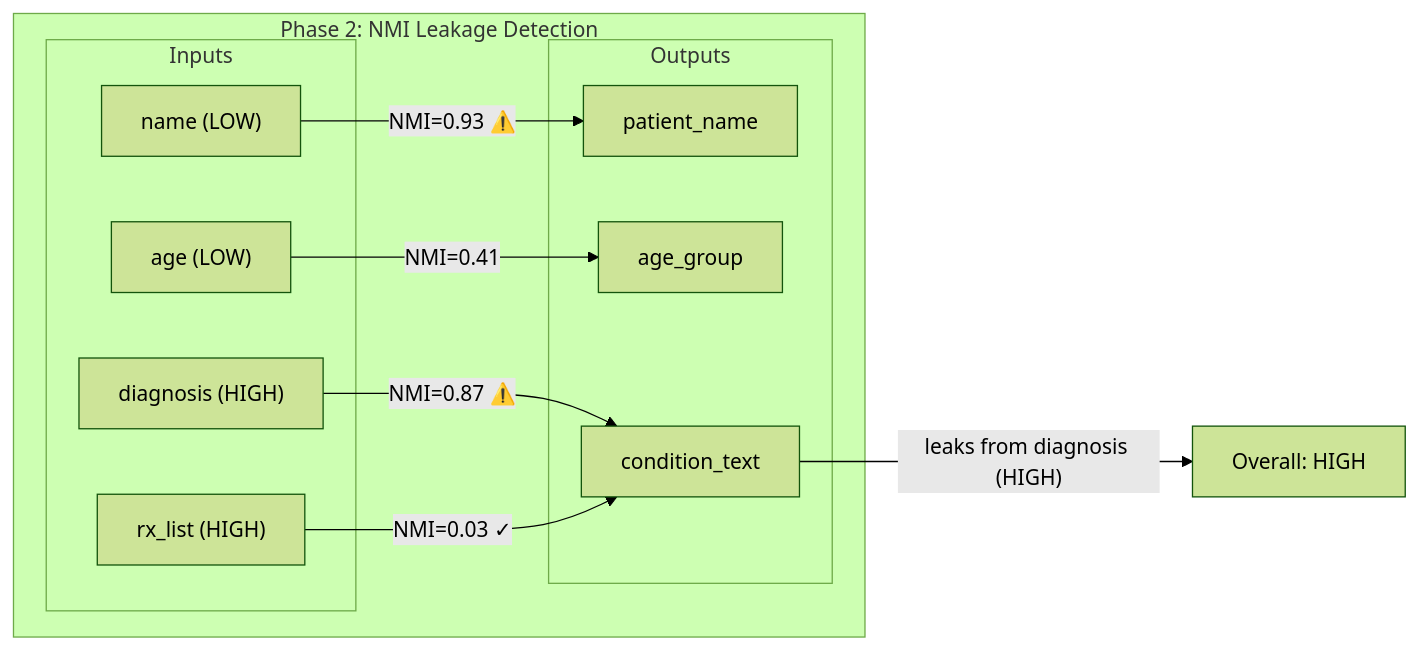
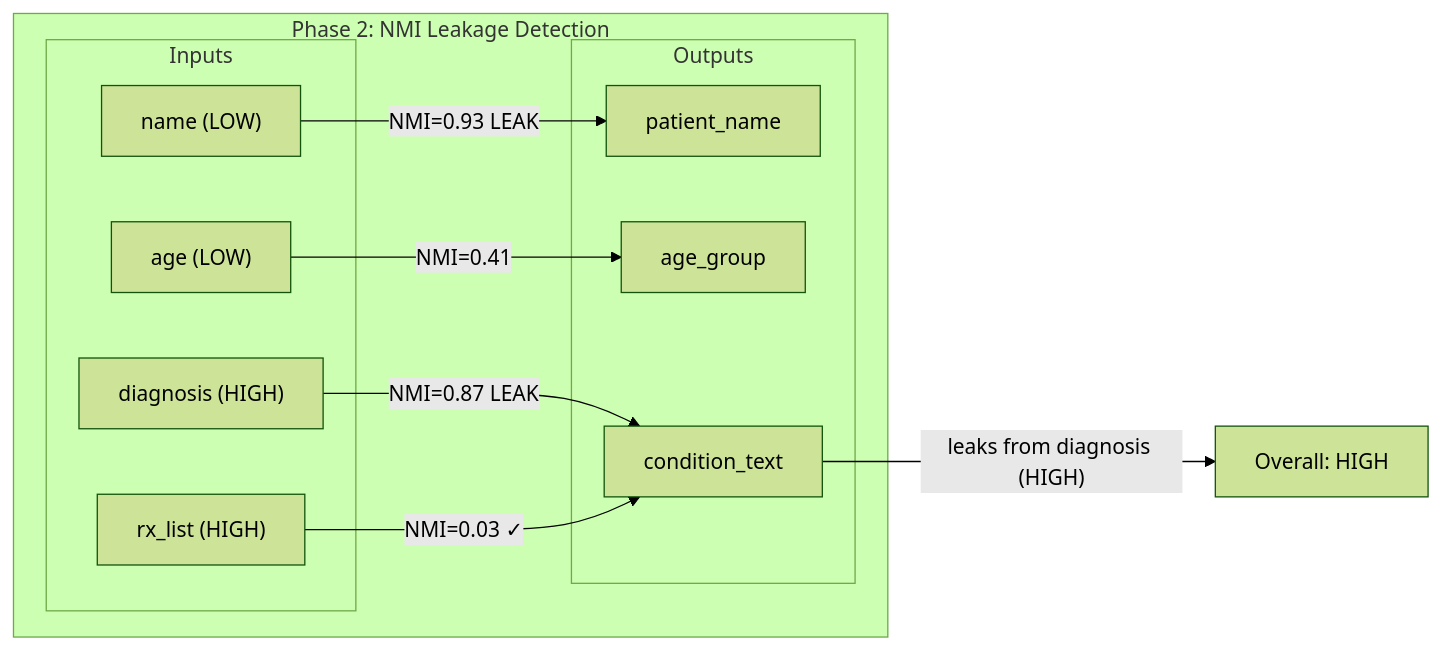
One commit to EdgeVector/edgevector-website changed the sixth of 6 diagrams in public/docs/corporate/patent_schema_canonical_service.md. Above: the diagram before and after it, drawn with Mermaid (forest theme). The commit also changed other lines of this file and 5 other files, not shown here.

First line of the commit message:
fix: render mermaid diagrams in patent PDFs and clean mermaid syntax

````diff
--- a/public/docs/corporate/patent_schema_canonical_service.md
+++ b/public/docs/corporate/patent_schema_canonical_service.md
@@ -266,24 +266,24 @@
 ```mermaid
 graph LR
     subgraph Phase2["Phase 2: NMI Leakage Detection"]
         subgraph Inputs
             name["name (LOW)"]
             age["age (LOW)"]
             diag["diagnosis (HIGH)"]
             rx["rx_list (HIGH)"]
         end
 
         subgraph Outputs
             pname["patient_name"]
             agroup["age_group"]
             ctext["condition_text"]
         end
 
-        name -->|"NMI=0.93 ⚠️"| pname
+        name -->|"NMI=0.93 LEAK"| pname
         age -->|"NMI=0.41"| agroup
-        diag -->|"NMI=0.87 ⚠️"| ctext
+        diag -->|"NMI=0.87 LEAK"| ctext
         rx -->|"NMI=0.03 ✓"| ctext
     end
 
     ctext -->|"leaks from diagnosis (HIGH)"| result["Overall: HIGH"]
 ```
````
